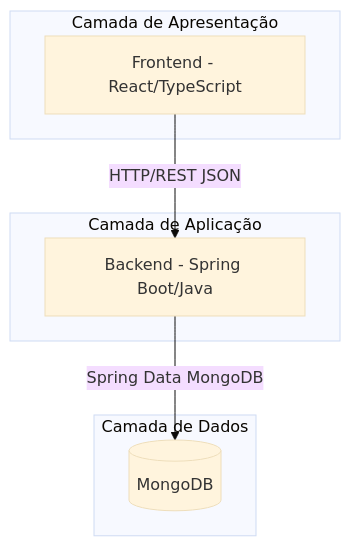
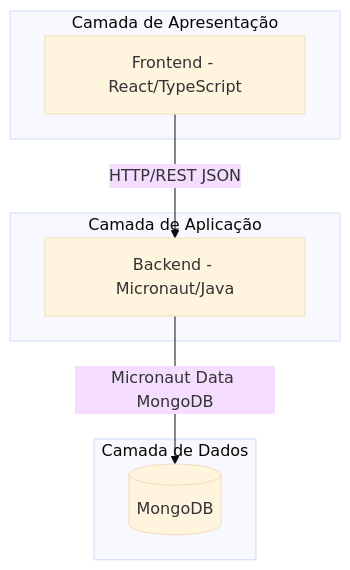
Before and after one commit to PedroCarbonaroPuc/Laboratorio-Desenvolvimento-Software: the first of 3 diagrams in LAB02/docs/modelagem/diagrama-pacotes.md, drawn with Mermaid (base theme). The commit also changed other lines of this file and 80 other files, not shown here.

````diff
--- a/LAB02/docs/modelagem/diagrama-pacotes.md
+++ b/LAB02/docs/modelagem/diagrama-pacotes.md
@@ -7,17 +7,17 @@
 ```mermaid
 graph TB
     subgraph "Camada de Apresentação"
         FE[Frontend - React/TypeScript]
     end
 
     subgraph "Camada de Aplicação"
-        BE[Backend - Spring Boot/Java]
+        BE[Backend - Micronaut/Java]
     end
 
     subgraph "Camada de Dados"
         DB[(MongoDB)]
     end
 
     FE -->|HTTP/REST JSON| BE
-    BE -->|Spring Data MongoDB| DB
+    BE -->|Micronaut Data MongoDB| DB
 ```
````
